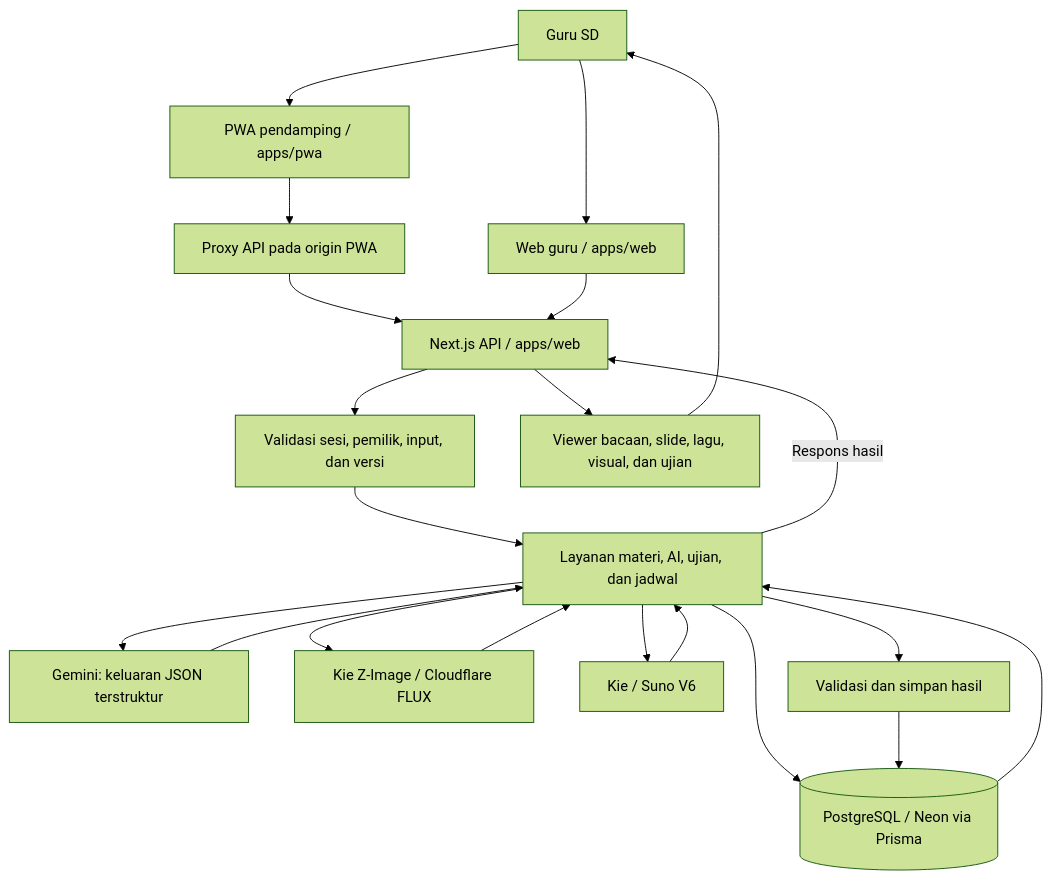
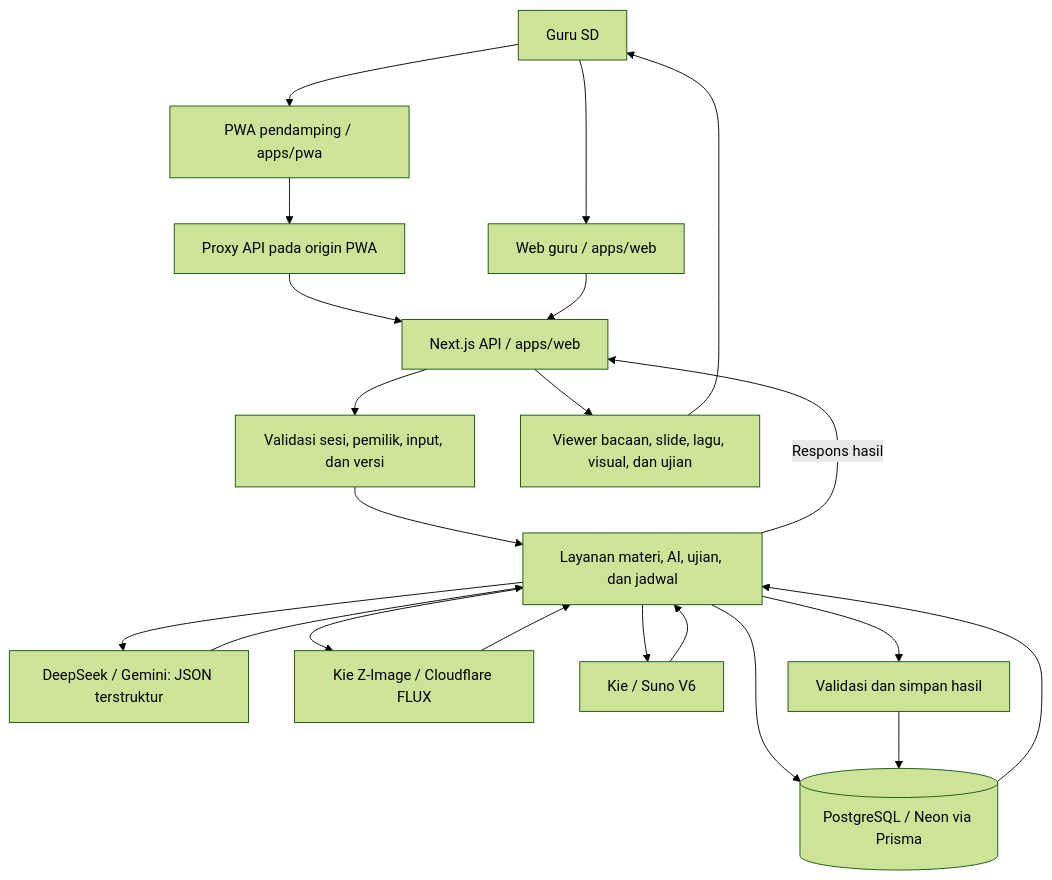
Before and after one commit to Ilyasrhmn/ImajiLearn: the first of 2 diagrams in README.md, drawn with Mermaid (forest theme). The commit also changed other lines of this file and 2 other files, not shown here.

Commit message:
docs: update text provider configuration

````diff
--- a/README.md
+++ b/README.md
@@ -94,23 +94,23 @@
 ```mermaid
 flowchart TD
     Guru[Guru SD] --> Web[Web guru / apps/web]
     Guru --> PWA[PWA pendamping / apps/pwa]
     PWA --> Proxy[Proxy API pada origin PWA]
     Proxy --> API[Next.js API / apps/web]
     Web --> API
     API --> Auth[Validasi sesi, pemilik, input, dan versi]
     Auth --> Services[Layanan materi, AI, ujian, dan jadwal]
     Services --> DB[(PostgreSQL / Neon via Prisma)]
-    Services --> Text[Gemini: keluaran JSON terstruktur]
+    Services --> Text[DeepSeek / Gemini: JSON terstruktur]
     Services --> Image[Kie Z-Image / Cloudflare FLUX]
     Services --> Music[Kie / Suno V6]
     Text --> Services
     Image --> Services
     Music --> Services
     Services --> Results[Validasi dan simpan hasil]
     Results --> DB
     DB --> Services
     Services -->|Respons hasil| API
     API --> View[Viewer bacaan, slide, lagu, visual, dan ujian]
     View --> Guru
 ```
````
